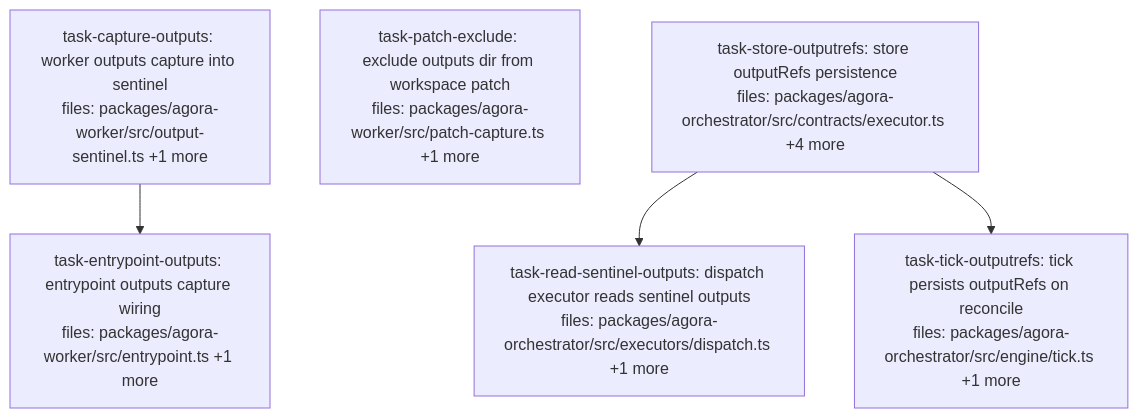
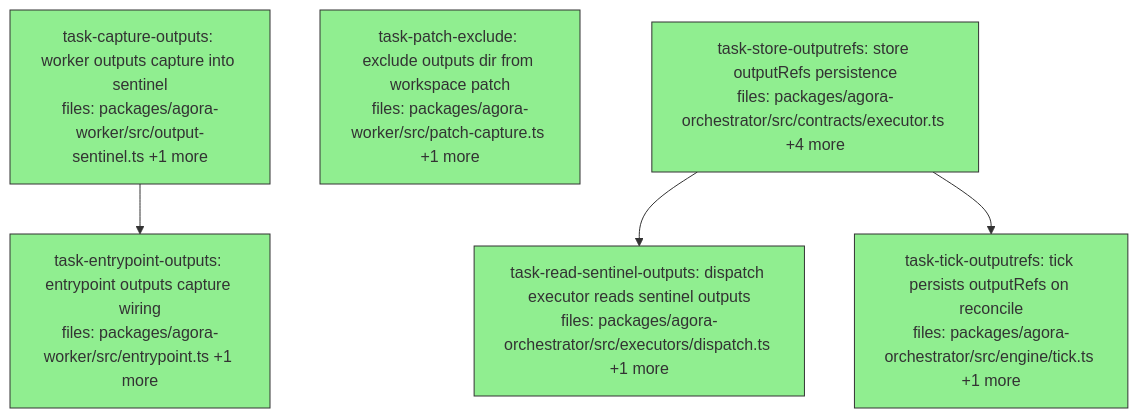
One commit to QuarrySystems/pangolin changed the diagram in docs/superpowers/plans/2026-06-05-handoff-wave-a-output-seam-dag.md. Above: the diagram before and after it, drawn with Mermaid. The commit also changed other lines of this file, not shown here.

Commit message:
docs(plan): Wave A execution complete — all 6 tasks done

````diff
--- a/docs/superpowers/plans/2026-06-05-handoff-wave-a-output-seam-dag.md
+++ b/docs/superpowers/plans/2026-06-05-handoff-wave-a-output-seam-dag.md
@@ -6,19 +6,19 @@
 ```mermaid
 flowchart TD
-    task-capture-outputs["task-capture-outputs: worker outputs capture into sentinel<br/>files: packages/agora-worker/src/output-sentinel.ts +1 more"]
-    task-patch-exclude["task-patch-exclude: exclude outputs dir from workspace patch<br/>files: packages/agora-worker/src/patch-capture.ts +1 more"]
-    task-store-outputrefs["task-store-outputrefs: store outputRefs persistence<br/>files: packages/agora-orchestrator/src/contracts/executor.ts +4 more"]
-    task-entrypoint-outputs["task-entrypoint-outputs: entrypoint outputs capture wiring<br/>files: packages/agora-worker/src/entrypoint.ts +1 more"]
-    task-read-sentinel-outputs["task-read-sentinel-outputs: dispatch executor reads sentinel outputs<br/>files: packages/agora-orchestrator/src/executors/dispatch.ts +1 more"]
-    task-tick-outputrefs["task-tick-outputrefs: tick persists outputRefs on reconcile<br/>files: packages/agora-orchestrator/src/engine/tick.ts +1 more"]
+    task-capture-outputs["task-capture-outputs: worker outputs capture into sentinel<br/>files: packages/agora-worker/src/output-sentinel.ts +1 more"]:::done
+    task-patch-exclude["task-patch-exclude: exclude outputs dir from workspace patch<br/>files: packages/agora-worker/src/patch-capture.ts +1 more"]:::done
+    task-store-outputrefs["task-store-outputrefs: store outputRefs persistence<br/>files: packages/agora-orchestrator/src/contracts/executor.ts +4 more"]:::done
+    task-entrypoint-outputs["task-entrypoint-outputs: entrypoint outputs capture wiring<br/>files: packages/agora-worker/src/entrypoint.ts +1 more"]:::done
+    task-read-sentinel-outputs["task-read-sentinel-outputs: dispatch executor reads sentinel outputs<br/>files: packages/agora-orchestrator/src/executors/dispatch.ts +1 more"]:::done
+    task-tick-outputrefs["task-tick-outputrefs: tick persists outputRefs on reconcile<br/>files: packages/agora-orchestrator/src/engine/tick.ts +1 more"]:::done
 
     task-capture-outputs --> task-entrypoint-outputs
     task-store-outputrefs --> task-read-sentinel-outputs
     task-store-outputrefs --> task-tick-outputrefs
 
     classDef done fill:#90ee90,stroke:#333
     classDef ready fill:#fffacd,stroke:#333
     classDef running fill:#87ceeb,stroke:#333
     classDef failed fill:#ffb6c1,stroke:#333
     classDef skipped fill:#d3d3d3,stroke:#333,stroke-dasharray: 5 5
 ```
````
